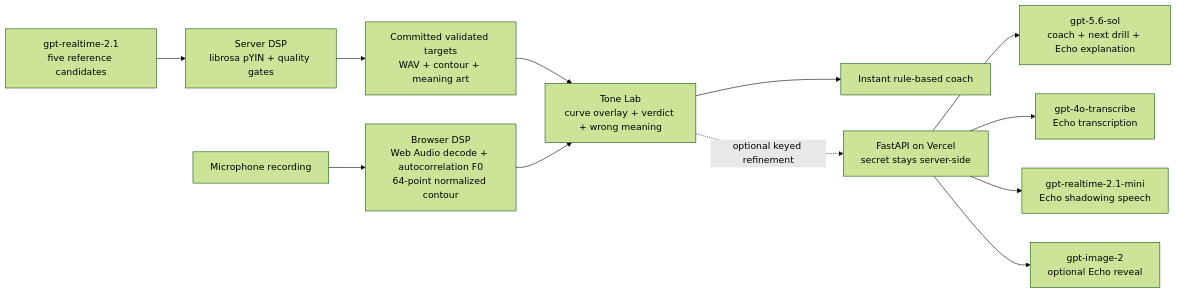
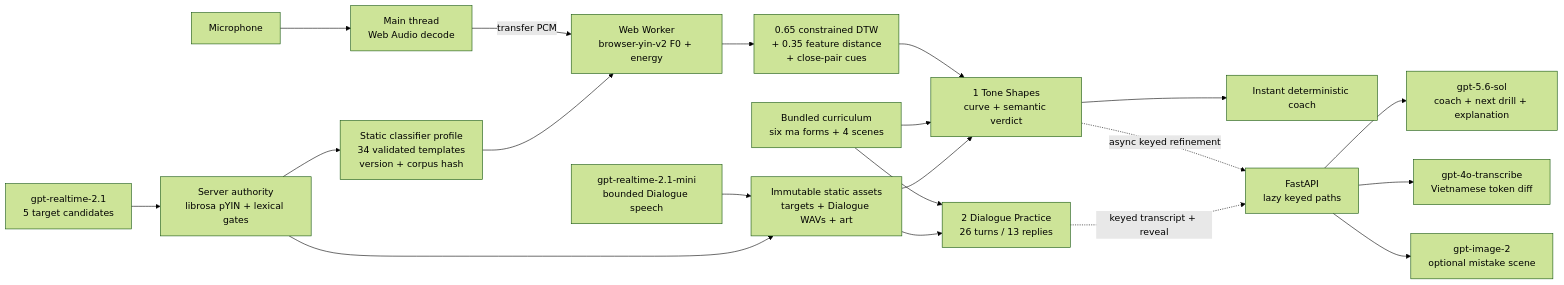
The diagram in README.md (roberthuynh/dau-tones), drawn with Mermaid (forest theme) before and after one commit. The commit also changed other lines of this file, not shown here.

````diff
--- a/README.md
+++ b/README.md
@@ -41,14 +45,22 @@
 ```mermaid
 flowchart LR
-    Mic["Microphone recording"] --> BrowserDSP["Browser DSP<br/>Web Audio decode + autocorrelation F0<br/>64-point normalized contour"]
-    Targets["Committed validated targets<br/>WAV + contour + meaning art"] --> UI["Tone Lab<br/>curve overlay + verdict + wrong meaning"]
-    BrowserDSP --> UI
-    UI --> Rules["Instant rule-based coach"]
-    UI -. "optional keyed refinement" .-> API["FastAPI on Vercel<br/>secret stays server-side"]
-    API --> GPT["gpt-5.6-sol<br/>coach + next drill + Echo explanation"]
-    API --> ASR["gpt-4o-transcribe<br/>Echo transcription"]
-    API --> Speech["gpt-realtime-2.1-mini<br/>Echo shadowing speech"]
-    API --> Images["gpt-image-2<br/>optional Echo reveal"]
-    Realtime["gpt-realtime-2.1<br/>five reference candidates"] --> Validation["Server DSP<br/>librosa pYIN + quality gates"]
-    Validation --> Targets
+    Mic["Microphone"] --> Decode["Main thread<br/>Web Audio decode"]
+    Decode -->|"transfer PCM"| Worker["Web Worker<br/>browser-yin-v2 F0 + energy"]
+    Profile["Static classifier profile<br/>34 validated templates<br/>version + corpus hash"] --> Worker
+    Worker --> Grade["0.65 constrained DTW<br/>+ 0.35 feature distance<br/>+ close-pair cues"]
+    Grade --> Shapes["1 Tone Shapes<br/>curve + semantic verdict"]
+    Curriculum["Bundled curriculum<br/>six ma forms + 4 scenes"] --> Shapes
+    Curriculum --> Dialogue["2 Dialogue Practice<br/>26 turns / 13 replies"]
+    Static["Immutable static assets<br/>targets + Dialogue WAVs + art"] --> Shapes
+    Static --> Dialogue
+    Shapes --> Rules["Instant deterministic coach"]
+    Shapes -. "async keyed refinement" .-> API["FastAPI<br/>lazy keyed paths"]
+    Dialogue -. "keyed transcript + reveal" .-> API
+    API --> GPT["gpt-5.6-sol<br/>coach + next drill + explanation"]
+    API --> ASR["gpt-4o-transcribe<br/>Vietnamese token diff"]
+    API --> Images["gpt-image-2<br/>optional mistake scene"]
+    Speech["gpt-realtime-2.1-mini<br/>bounded Dialogue speech"] --> Static
+    Realtime["gpt-realtime-2.1<br/>5 target candidates"] --> Validation["Server authority<br/>librosa pYIN + lexical gates"]
+    Validation --> Profile
+    Validation --> Static
 ```
````
